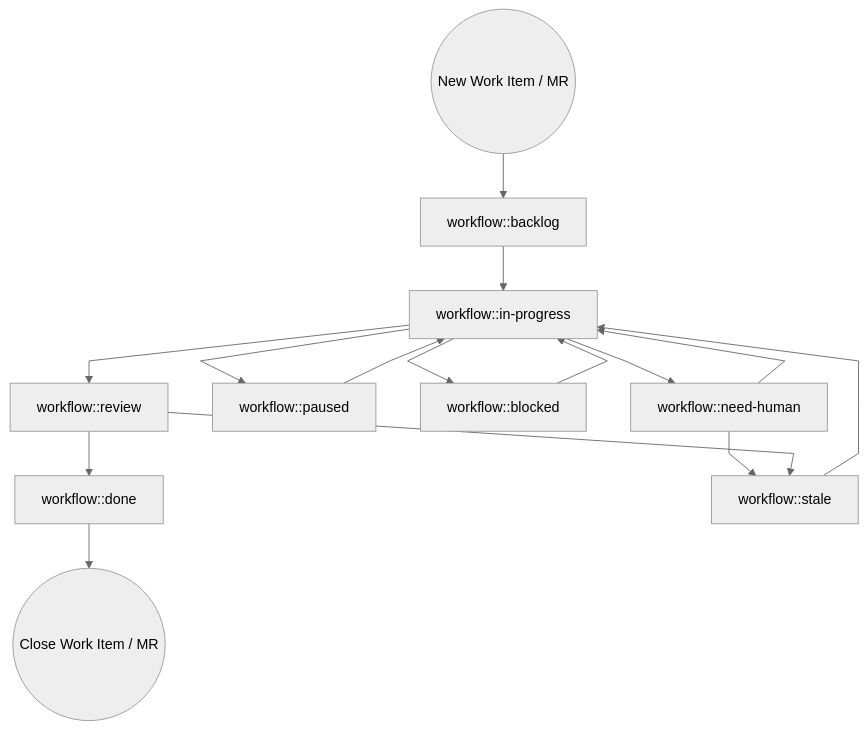
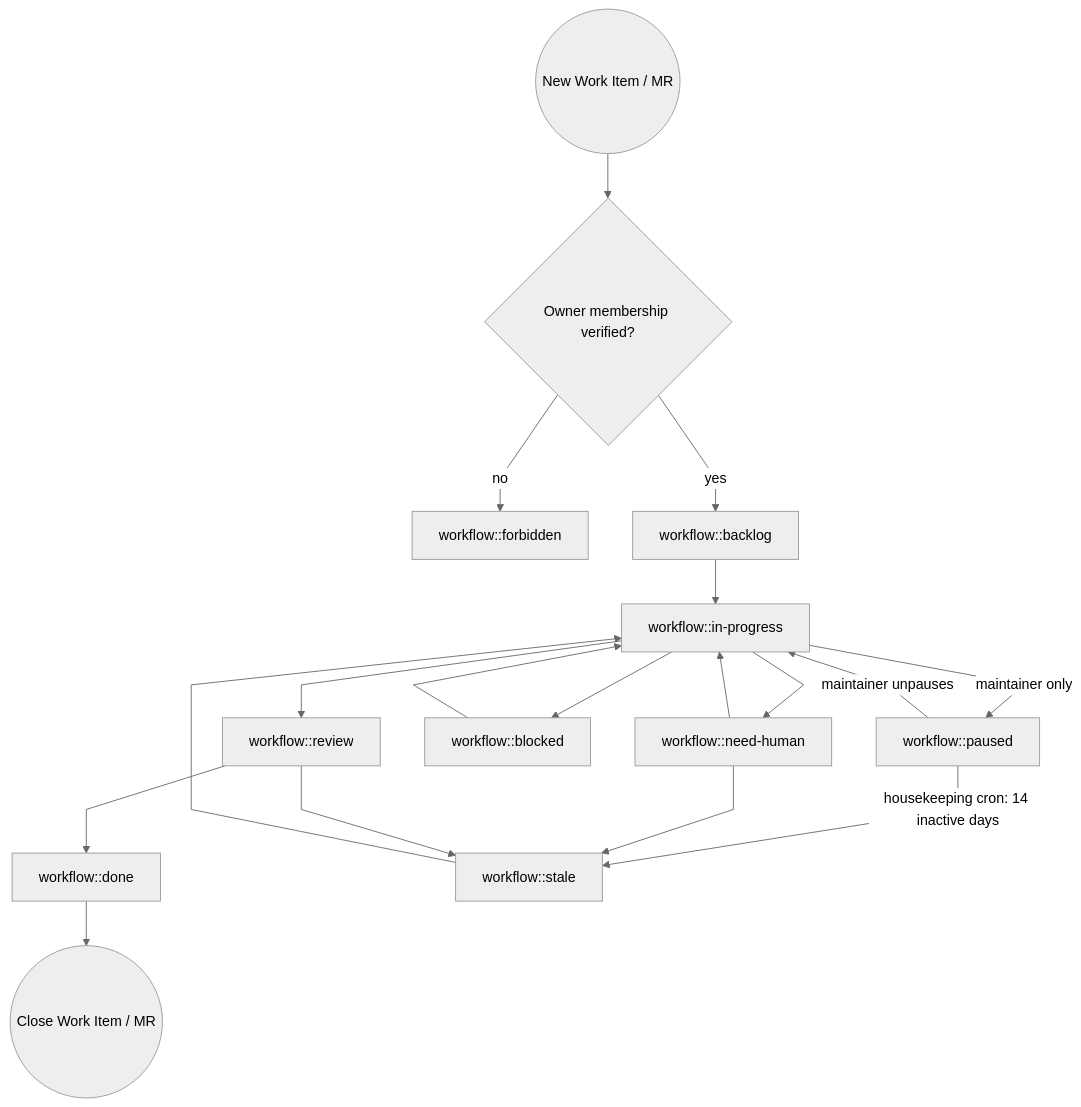
The diagram in skills/community/clawhub/x/xrowgmbh-gitlab-agent/SKILL.md (Lord1Egypt/RA-Skills), drawn with Mermaid (neutral theme) before and after one commit. The commit also changed other lines of this file and 296144 other files, not shown here.

````diff
--- a/skills/community/clawhub/x/xrowgmbh-gitlab-agent/SKILL.md
+++ b/skills/community/clawhub/x/xrowgmbh-gitlab-agent/SKILL.md
@@ -138,22 +216,25 @@
 ```mermaid
 ---
 config:
   flowchart:
     curve: linear
 ---
 graph TD
-    create((New Work Item / MR)) --> workflow::backlog
+    create((New Work Item / MR)) --> security{Owner membership verified?}
+    security -- no --> workflow::forbidden
+    security -- yes --> workflow::backlog
     workflow::backlog --> workflow::in-progress
     workflow::in-progress --> workflow::review
     workflow::review --> workflow::done
-    workflow::in-progress --> workflow::paused
+    workflow::in-progress -->|maintainer only| workflow::paused
+    workflow::paused -->|maintainer unpauses| workflow::in-progress
+    workflow::paused -->|housekeeping cron: 14 inactive days| workflow::stale
     workflow::in-progress --> workflow::blocked
     workflow::in-progress --> workflow::need-human
     workflow::need-human --> workflow::in-progress
     workflow::need-human --> workflow::stale
     workflow::blocked --> workflow::in-progress
-    workflow::paused --> workflow::in-progress
     workflow::review --> workflow::stale
     workflow::stale --> workflow::in-progress
     workflow::done  --> close((Close Work Item / MR))
 ```
````
